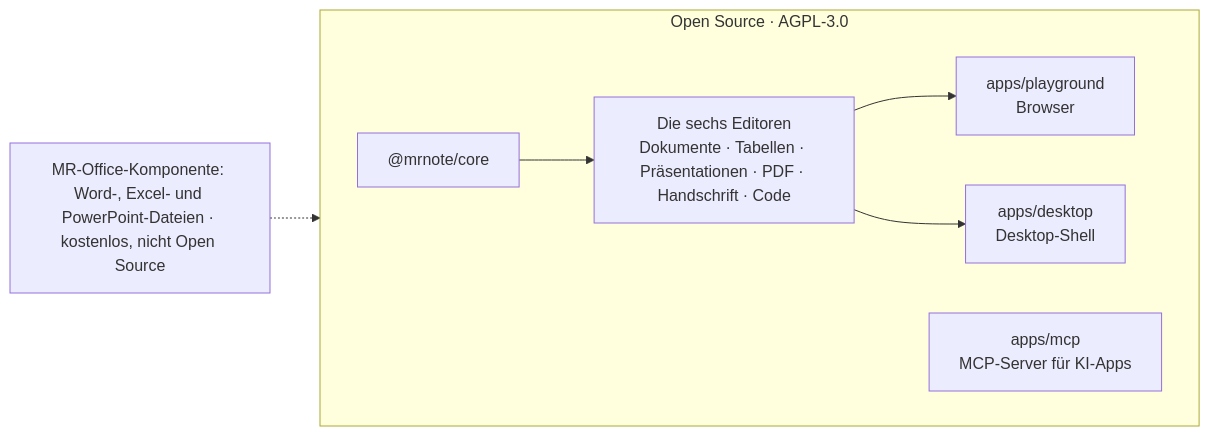
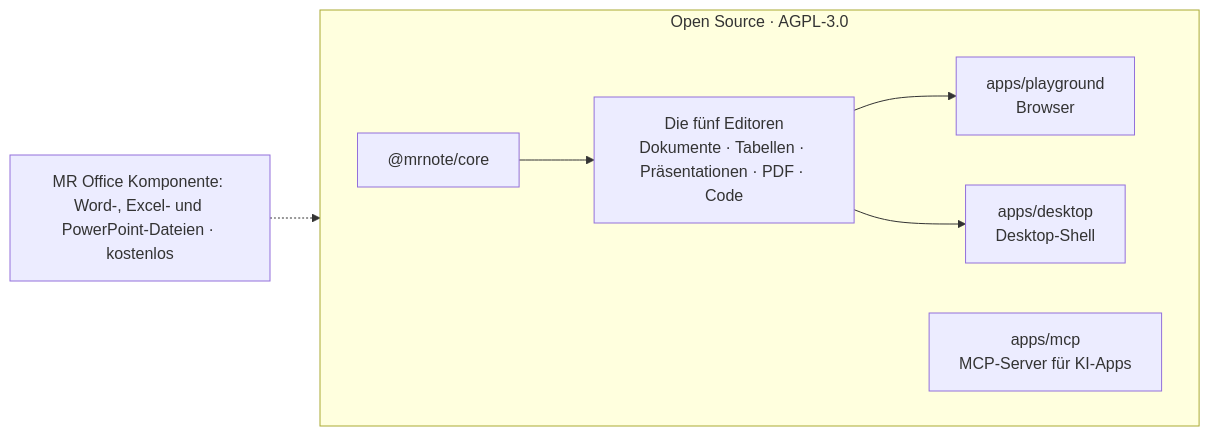
Before and after one commit to WhaleChao/MROffice: the diagram in i18n/README.de.md, drawn with Mermaid. The commit also changed other lines of this file and 621 other files, not shown here.

````diff
--- a/i18n/README.de.md
+++ b/i18n/README.de.md
@@ -130,11 +128,11 @@
 ```mermaid
 flowchart LR
   subgraph OSS["Open Source · AGPL-3.0"]
     direction LR
-    core["@mrnote/core"] --> E["Die sechs Editoren<br/>Dokumente · Tabellen · Präsentationen · PDF · Handschrift · Code"]
+    core["@mrnote/core"] --> E["Die fünf Editoren<br/>Dokumente · Tabellen · Präsentationen · PDF · Code"]
     E --> PG["apps/playground<br/>Browser"]
     E --> DS["apps/desktop<br/>Desktop-Shell"]
     MCP["apps/mcp<br/>MCP-Server für KI-Apps"]
   end
-  COMP["MR-Office-Komponente: Word-, Excel- und PowerPoint-Dateien · kostenlos, nicht Open Source"] -.-> DS
+  COMP["MR Office Komponente: Word-, Excel- und PowerPoint-Dateien · kostenlos"] -.-> DS
 ```
````
